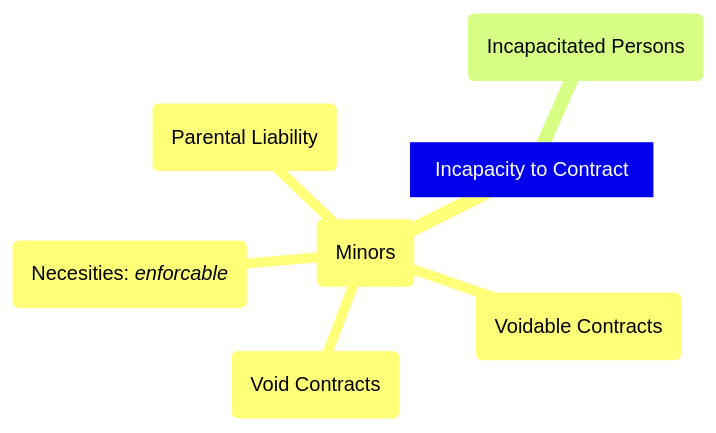
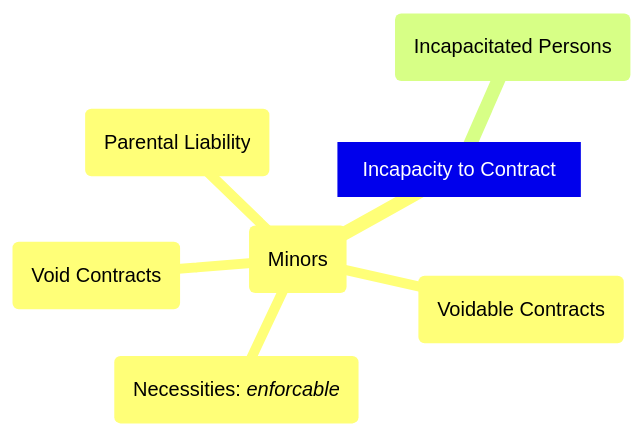
Before and after one commit to adore-school-acct/gr11-law-notes: the fourth of 9 diagrams in content/U4 - Civil Law and Disputes/cy-exam-review.md, drawn with Mermaid. The commit also changed other lines of this file, not shown here.

````diff
--- a/content/U4 - Civil Law and Disputes/cy-exam-review.md
+++ b/content/U4 - Civil Law and Disputes/cy-exam-review.md
@@ -61,10 +71,10 @@
 ```mermaid
 mindmap
 [Incapacity to Contract]
 	(Minors)
-		(Necesities: *enforcable*)
+		(Necessities: *enforcable*)
 		(Voidable Contracts)
 		(Void Contracts)
 		(Parental Liability)
 	(Incapacitated Persons)
 ```
````
